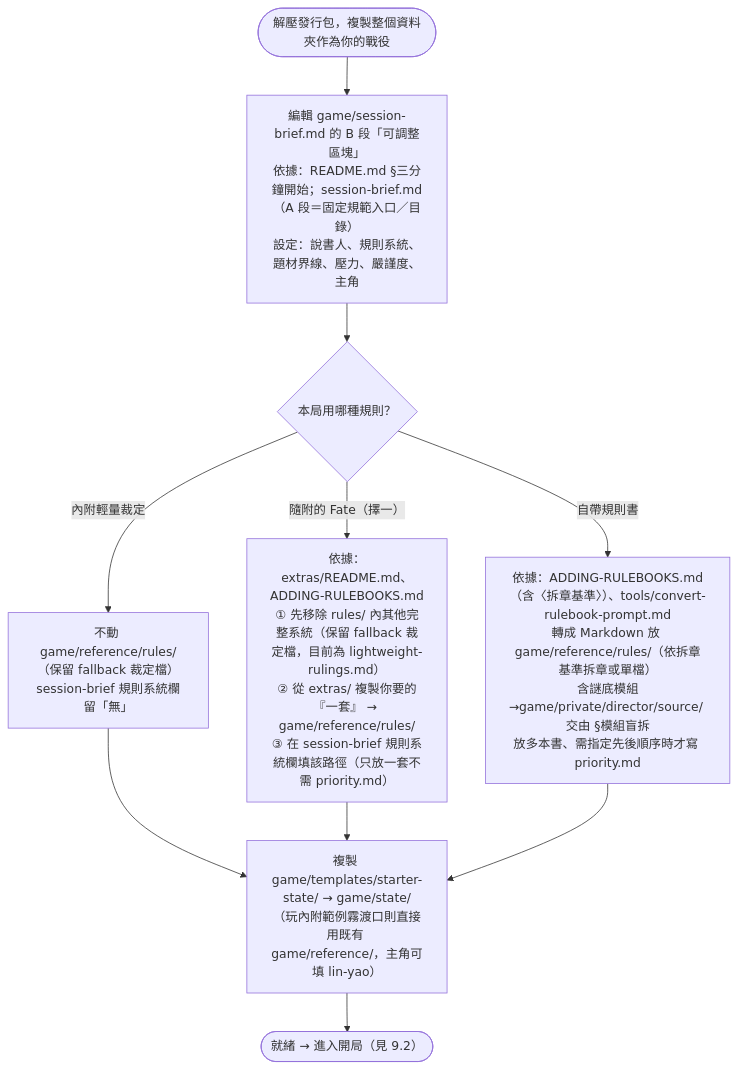
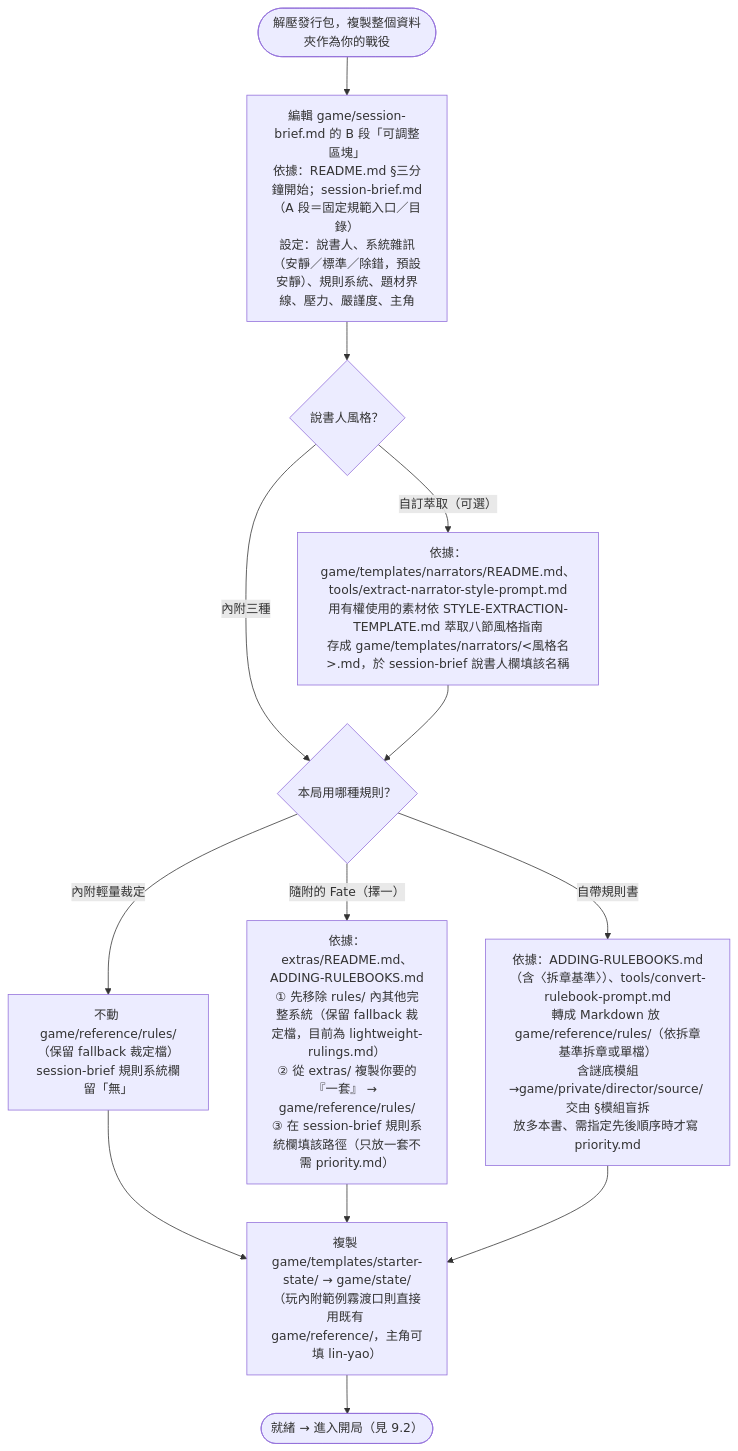
The first of 2 diagrams in PROJECT-DESIGN.md (AstraKismet/worldthread-solo-adventure-template), drawn with Mermaid before and after one commit. The commit also changed other lines of this file and 2 other files, not shown here.

First line of the commit message:
docs: 版本升至 0.4.0，更新設計規格、流程圖與計畫 backlog

````diff
--- a/PROJECT-DESIGN.md
+++ b/PROJECT-DESIGN.md
@@ -98,14 +100,18 @@
 ```mermaid
 flowchart TD
   A0(["解壓發行包，複製整個資料夾作為你的戰役"]) --> A1
-  A1["編輯 game/session-brief.md 的 B 段「可調整區塊」<br/>依據：README.md §三分鐘開始；session-brief.md（A 段＝固定規範入口／目錄）<br/>設定：說書人、規則系統、題材界線、壓力、嚴謹度、主角"]
-  A1 --> A2{"本局用哪種規則？"}
+  A1["編輯 game/session-brief.md 的 B 段「可調整區塊」<br/>依據：README.md §三分鐘開始；session-brief.md（A 段＝固定規範入口／目錄）<br/>設定：說書人、系統雜訊（安靜／標準／除錯，預設安靜）、規則系統、題材界線、壓力、嚴謹度、主角"]
+  A1 --> AN{"說書人風格？"}
+  AN -->|內附三種| A2
+  AN -->|自訂萃取（可選）| ANX["依據：game/templates/narrators/README.md、tools/extract-narrator-style-prompt.md<br/>用有權使用的素材依 STYLE-EXTRACTION-TEMPLATE.md 萃取八節風格指南<br/>存成 game/templates/narrators/&lt;風格名&gt;.md，於 session-brief 說書人欄填該名稱"]
+  ANX --> A2
+  A2{"本局用哪種規則？"}
   A2 -->|內附輕量裁定| A3["不動 game/reference/rules/（保留 fallback 裁定檔）<br/>session-brief 規則系統欄留「無」"]
   A2 -->|隨附的 Fate（擇一）| A4["依據：extras/README.md、ADDING-RULEBOOKS.md<br/>① 先移除 rules/ 內其他完整系統（保留 fallback 裁定檔，目前為 lightweight-rulings.md）<br/>② 從 extras/ 複製你要的『一套』 → game/reference/rules/<br/>③ 在 session-brief 規則系統欄填該路徑（只放一套不需 priority.md）"]
   A2 -->|自帶規則書| A5["依據：ADDING-RULEBOOKS.md（含〈拆章基準〉）、tools/convert-rulebook-prompt.md<br/>轉成 Markdown 放 game/reference/rules/（依拆章基準拆章或單檔）<br/>含謎底模組→game/private/director/source/ 交由 §模組盲拆<br/>放多本書、需指定先後順序時才寫 priority.md"]
   A3 --> A6
   A4 --> A6
   A5 --> A6
   A6["複製 game/templates/starter-state/ → game/state/<br/>（玩內附範例霧渡口則直接用既有 game/reference/，主角可填 lin-yao）"]
   A6 --> A7(["就緒 → 進入開局（見 9.2）"])
 ```
````
